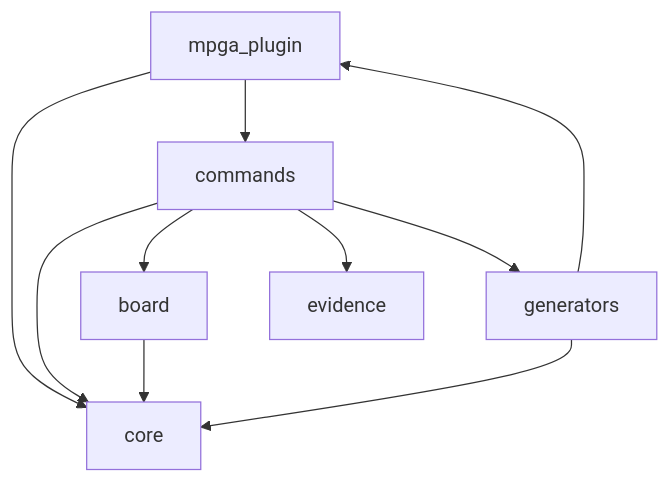
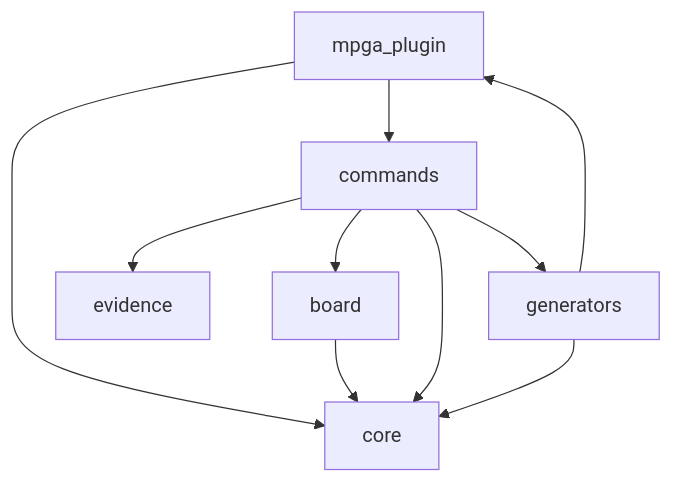
Before and after one commit to benrben/MPGA: the diagram in MPGA/GRAPH.md, drawn with Mermaid. The commit also changed other lines of this file and 79 other files, not shown here.

````diff
--- a/MPGA/GRAPH.md
+++ b/MPGA/GRAPH.md
@@ -31,12 +31,12 @@
 ```mermaid
 graph TD
     mpga_plugin --> core
     mpga_plugin --> commands
     board --> core
-    generators --> core
-    generators --> mpga_plugin
     commands --> core
     commands --> board
     commands --> evidence
     commands --> generators
+    generators --> core
+    generators --> mpga_plugin
 ```
````
